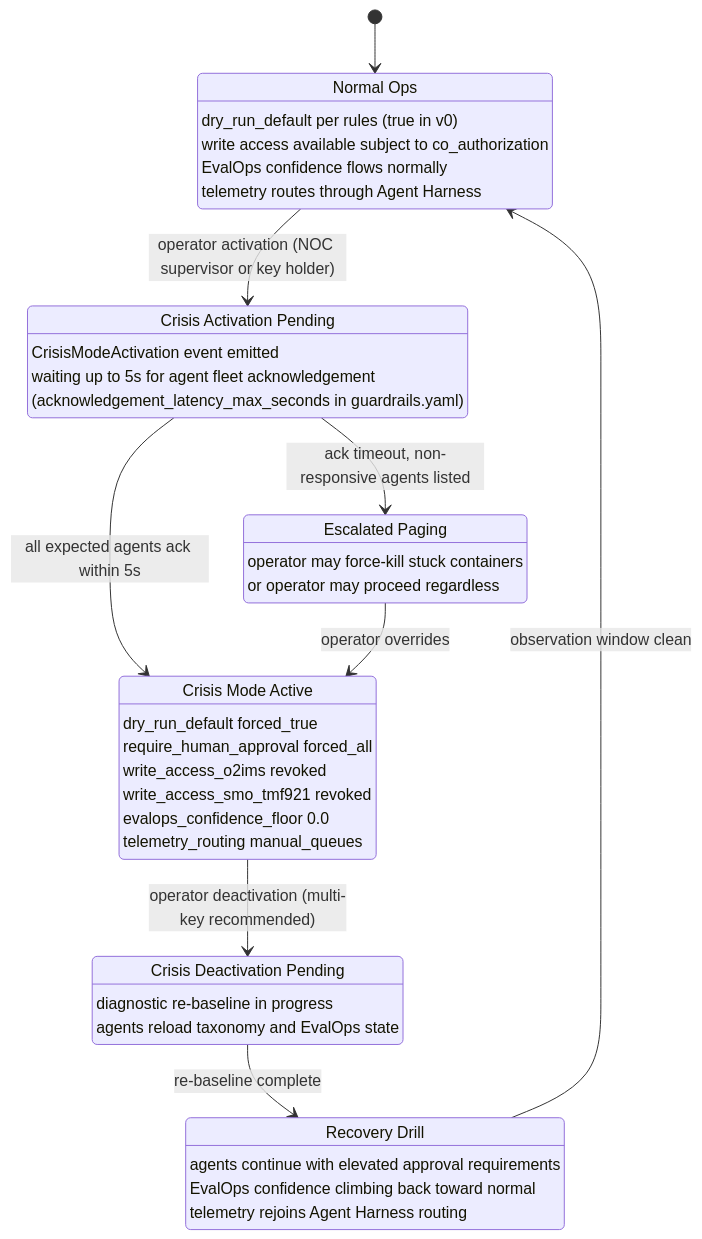
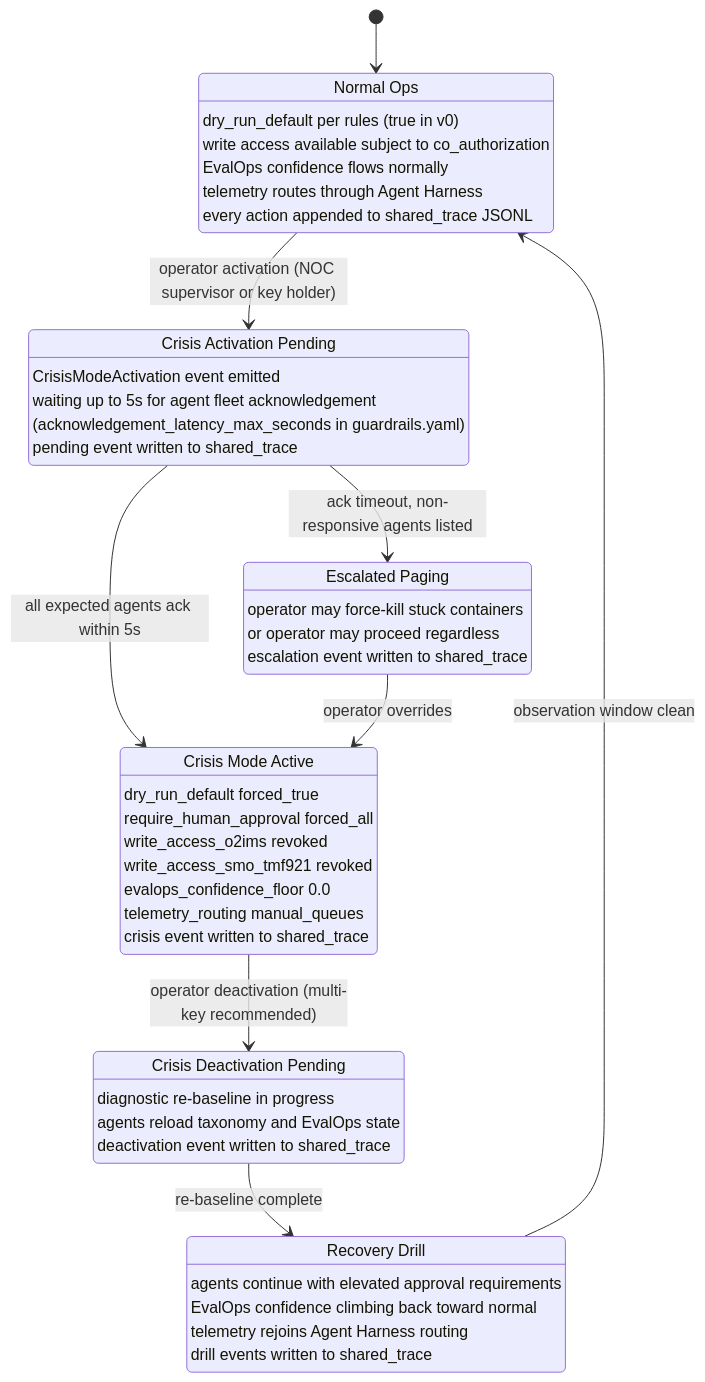
The diagram in talk/state_crisis_mode.mmd (dkypuros/oran-agent-harness), drawn with Mermaid before and after one commit. The commit also changed 7 other files, not shown here.

First line of the commit message:
Architecture diagrams v2, catch up to scenarios D/E and the new surfaces

```diff
--- a/talk/state_crisis_mode.mmd
+++ b/talk/state_crisis_mode.mmd
@@ -1,54 +1,62 @@
-%% state_crisis_mode.mmd
+%% state_crisis_mode.mmd v2
+%% v2 changes vs v1:
+%%   added trace JSONL persistence note on every transition (shared_trace append)
+%%   no logical changes to the state machine; it was already complete in v1
 %% State-transition diagram for the Killswitch (crisis_mode global override).
-%% Shows the system shifting from Normal Ops to Crisis Mode Active and back, with annotations
-%% naming the concrete effects per harness/guardrails.yaml crisis_mode block.
-%% Companion to talk/killswitch.md and harness/schemas/CrisisModeActivation.json.
+%% Companion to killswitch.md and harness/schemas/CrisisModeActivation.json.
+%% Every transition is durably recorded in 5G_O-RAN_SIM/shared_trace/*.jsonl.
 
 stateDiagram-v2
 
     [*] --> NormalOps
 
     NormalOps : Normal Ops
     NormalOps : dry_run_default per rules (true in v0)
     NormalOps : write access available subject to co_authorization
     NormalOps : EvalOps confidence flows normally
     NormalOps : telemetry routes through Agent Harness
+    NormalOps : every action appended to shared_trace JSONL
 
     NormalOps --> CrisisActivationPending : operator activation (NOC supervisor or key holder)
 
     CrisisActivationPending : Crisis Activation Pending
     CrisisActivationPending : CrisisModeActivation event emitted
     CrisisActivationPending : waiting up to 5s for agent fleet acknowledgement
     CrisisActivationPending : (acknowledgement_latency_max_seconds in guardrails.yaml)
+    CrisisActivationPending : pending event written to shared_trace
 
     CrisisActivationPending --> CrisisModeActive : all expected agents ack within 5s
     CrisisActivationPending --> EscalatedPaging : ack timeout, non-responsive agents listed
 
     EscalatedPaging : Escalated Paging
     EscalatedPaging : operator may force-kill stuck containers
     EscalatedPaging : or operator may proceed regardless
+    EscalatedPaging : escalation event written to shared_trace
 
     EscalatedPaging --> CrisisModeActive : operator overrides
 
     CrisisModeActive : Crisis Mode Active
     CrisisModeActive : dry_run_default forced_true
     CrisisModeActive : require_human_approval forced_all
     CrisisModeActive : write_access_o2ims revoked
     CrisisModeActive : write_access_smo_tmf921 revoked
     CrisisModeActive : evalops_confidence_floor 0.0
     CrisisModeActive : telemetry_routing manual_queues
+    CrisisModeActive : crisis event written to shared_trace
 
     CrisisModeActive --> CrisisDeactivationPending : operator deactivation (multi-key recommended)
 
     CrisisDeactivationPending : Crisis Deactivation Pending
     CrisisDeactivationPending : diagnostic re-baseline in progress
     CrisisDeactivationPending : agents reload taxonomy and EvalOps state
+    CrisisDeactivationPending : deactivation event written to shared_trace
 
     CrisisDeactivationPending --> RecoveryDrill : re-baseline complete
 
     RecoveryDrill : Recovery Drill
     RecoveryDrill : agents continue with elevated approval requirements
     RecoveryDrill : EvalOps confidence climbing back toward normal
     RecoveryDrill : telemetry rejoins Agent Harness routing
+    RecoveryDrill : drill events written to shared_trace
 
     RecoveryDrill --> NormalOps : observation window clean
```
